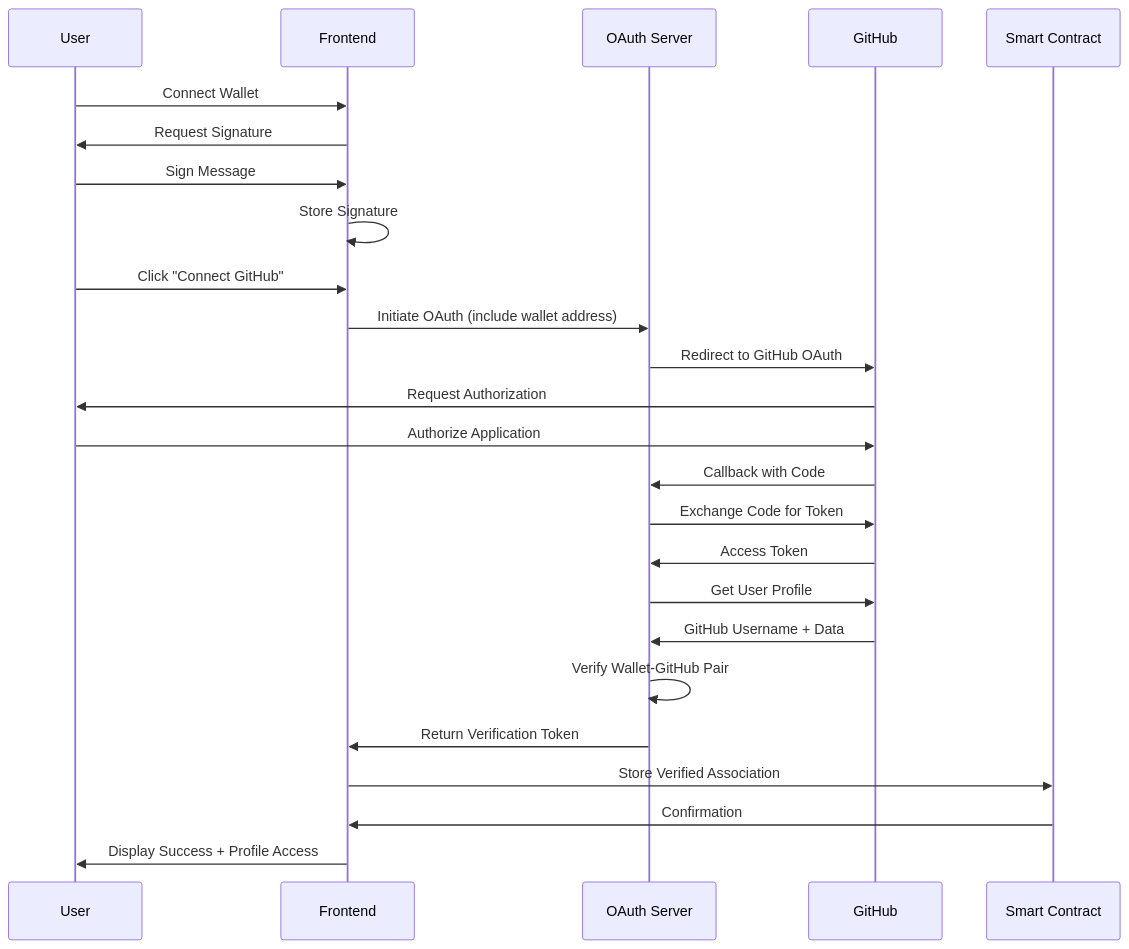
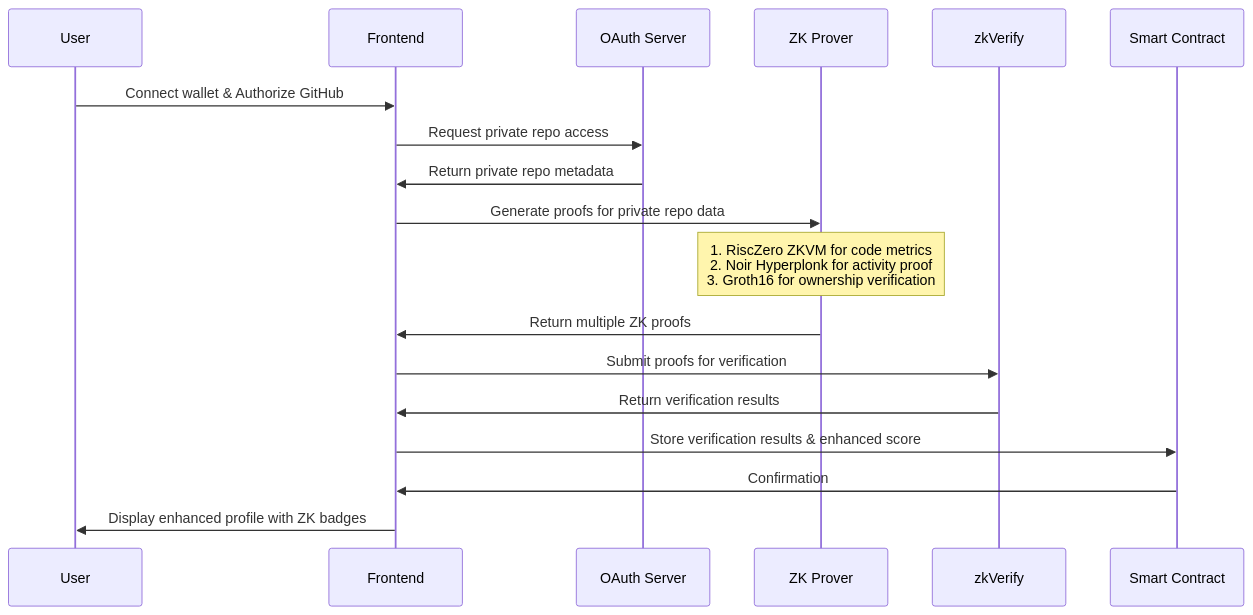
One commit to Rutvikrj26/openMuster changed the diagram in workflow.mmd. Above: the diagram before and after it, drawn with Mermaid. The commit also changed 9 other files, not shown here.

```diff
--- a/workflow.mmd
+++ b/workflow.mmd
@@ -1,31 +1,23 @@
 sequenceDiagram
     participant User
     participant Frontend
     participant OAuth Server
-    participant GitHub
+    participant ZK Prover
+    participant zkVerify
     participant Smart Contract
     
-    User->>Frontend: Connect Wallet
-    Frontend->>User: Request Signature
-    User->>Frontend: Sign Message
-    Frontend->>Frontend: Store Signature
+    User->>Frontend: Connect wallet & Authorize GitHub
+    Frontend->>OAuth Server: Request private repo access
+    OAuth Server->>Frontend: Return private repo metadata
     
-    User->>Frontend: Click "Connect GitHub"
-    Frontend->>OAuth Server: Initiate OAuth (include wallet address)
-    OAuth Server->>GitHub: Redirect to GitHub OAuth
-    GitHub->>User: Request Authorization
-    User->>GitHub: Authorize Application
-    GitHub->>OAuth Server: Callback with Code
+    Frontend->>ZK Prover: Generate proofs for private repo data
+    Note over ZK Prover: 1. RiscZero ZKVM for code metrics<br>2. Noir Hyperplonk for activity proof<br>3. Groth16 for ownership verification
+    ZK Prover->>Frontend: Return multiple ZK proofs
     
-    OAuth Server->>GitHub: Exchange Code for Token
-    GitHub->>OAuth Server: Access Token
-    OAuth Server->>GitHub: Get User Profile
-    GitHub->>OAuth Server: GitHub Username + Data
+    Frontend->>zkVerify: Submit proofs for verification
+    zkVerify->>Frontend: Return verification results
     
-    OAuth Server->>OAuth Server: Verify Wallet-GitHub Pair
-    OAuth Server->>Frontend: Return Verification Token
-    
-    Frontend->>Smart Contract: Store Verified Association
+    Frontend->>Smart Contract: Store verification results & enhanced score
     Smart Contract->>Frontend: Confirmation
     
-    Frontend->>User: Display Success + Profile Access
+    Frontend->>User: Display enhanced profile with ZK badges
```
